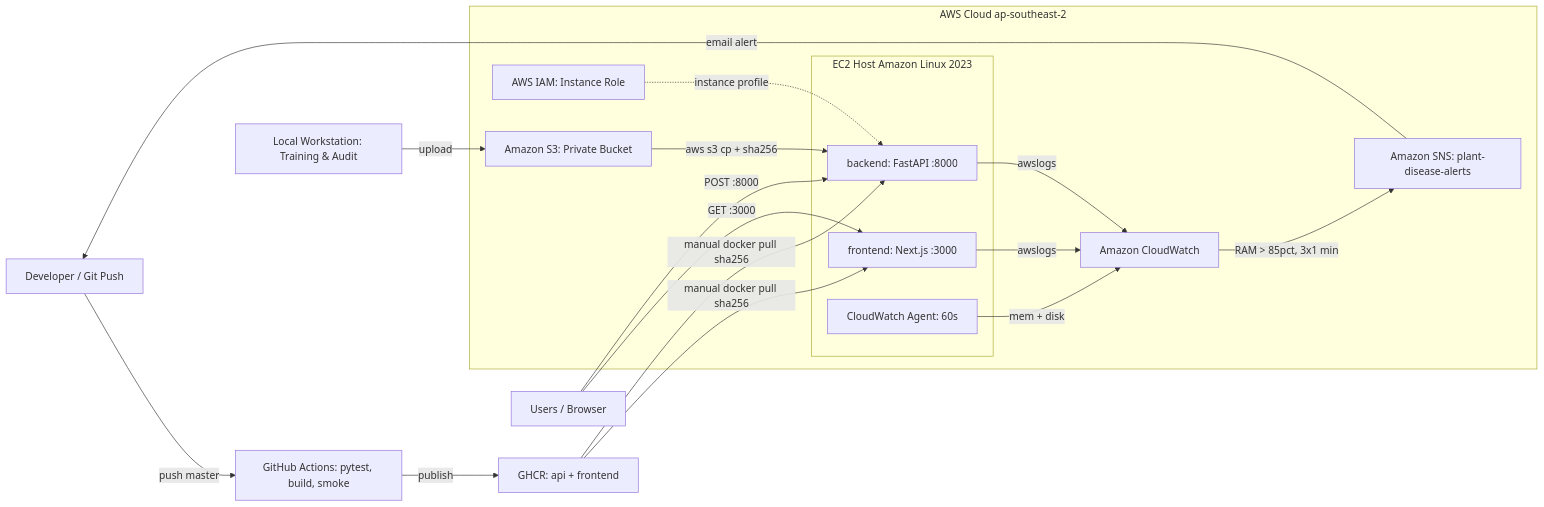
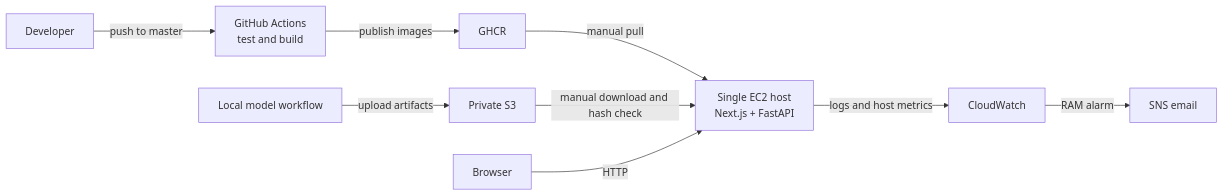
One commit to starkkk1/starkkk1.github.io changed the diagram in content/5-Workshop/_index.md. Above: the diagram before and after it, drawn with Mermaid. The commit also changed other lines of this file and 11 other files, not shown here.

````diff
--- a/content/5-Workshop/_index.md
+++ b/content/5-Workshop/_index.md
@@ -45,27 +47,11 @@
 ```mermaid
 graph LR
-    Dev["Developer / Git Push"] -->|push master| GHA["GitHub Actions: pytest, build, smoke"]
-    GHA -->|publish| GHCR["GHCR: api + frontend"]
-    Local["Local Workstation: Training & Audit"] -->|upload| S3
-
-    subgraph AWS Cloud ap-southeast-2
-        subgraph EC2 Host Amazon Linux 2023
-            FE["frontend: Next.js :3000"]
-            BE["backend: FastAPI :8000"]
-            CW_Agent["CloudWatch Agent: 60s"]
-        end
-
-        S3["Amazon S3: Private Bucket"] -->|aws s3 cp + sha256| BE
-        IAM["AWS IAM: Instance Role"] -.->|instance profile| BE
-        FE -->|awslogs| CW["Amazon CloudWatch"]
-        BE -->|awslogs| CW
-        CW_Agent -->|mem + disk| CW
-        CW -->|RAM > 85pct, 3x1 min| SNS["Amazon SNS: plant-disease-alerts"]
-    end
-
-    GHCR -->|manual docker pull sha256| FE
-    GHCR -->|manual docker pull sha256| BE
-    Client["Users / Browser"] -->|GET :3000| FE
-    Client -->|POST :8000| BE
-    SNS -->|email alert| Dev
+    Dev["Developer"] -->|push to master| CI["GitHub Actions<br/>test and build"]
+    CI -->|publish images| GHCR["GHCR"]
+    Train["Local model workflow"] -->|upload artifacts| S3["Private S3"]
+    GHCR -->|manual pull| EC2["Single EC2 host<br/>Next.js + FastAPI"]
+    S3 -->|manual download and hash check| EC2
+    User["Browser"] -->|HTTP| EC2
+    EC2 -->|logs and host metrics| CW["CloudWatch"]
+    CW -->|RAM alarm| SNS["SNS email"]
 ```
````
